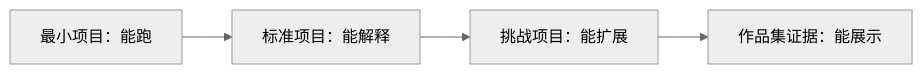
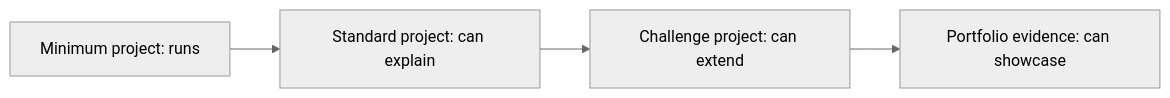
Before and after one commit to oudbiao/AI-fullstack-course: the diagram in docs/intro/project-matrix.md, drawn with Mermaid (neutral theme). The commit also changed other lines of this file and 1406 other files, not shown here.

````diff
--- a/docs/intro/project-matrix.md
+++ b/docs/intro/project-matrix.md
@@ -14,6 +14,6 @@
 ```mermaid
 flowchart LR
-  A["最小项目：能跑"] --> B["标准项目：能解释"]
-  B --> C["挑战项目：能扩展"]
-  C --> D["作品集证据：能展示"]
+  A["Minimum project: runs"] --> B["Standard project: can explain"]
+  B --> C["Challenge project: can extend"]
+  C --> D["Portfolio evidence: can showcase"]
 ```
````
